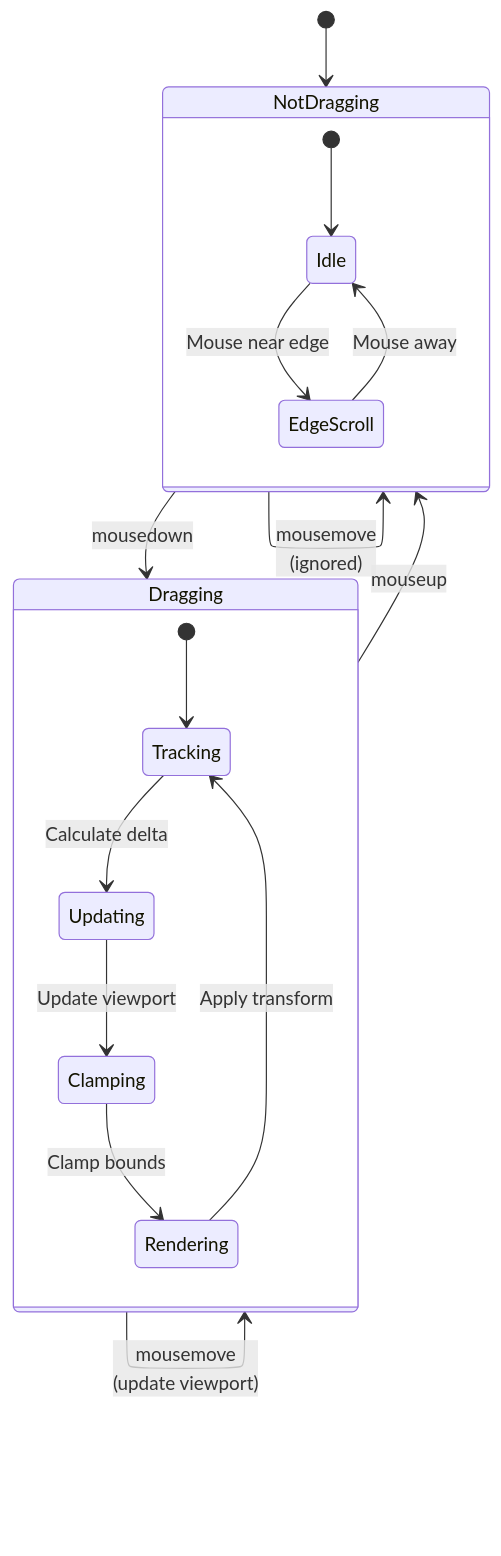
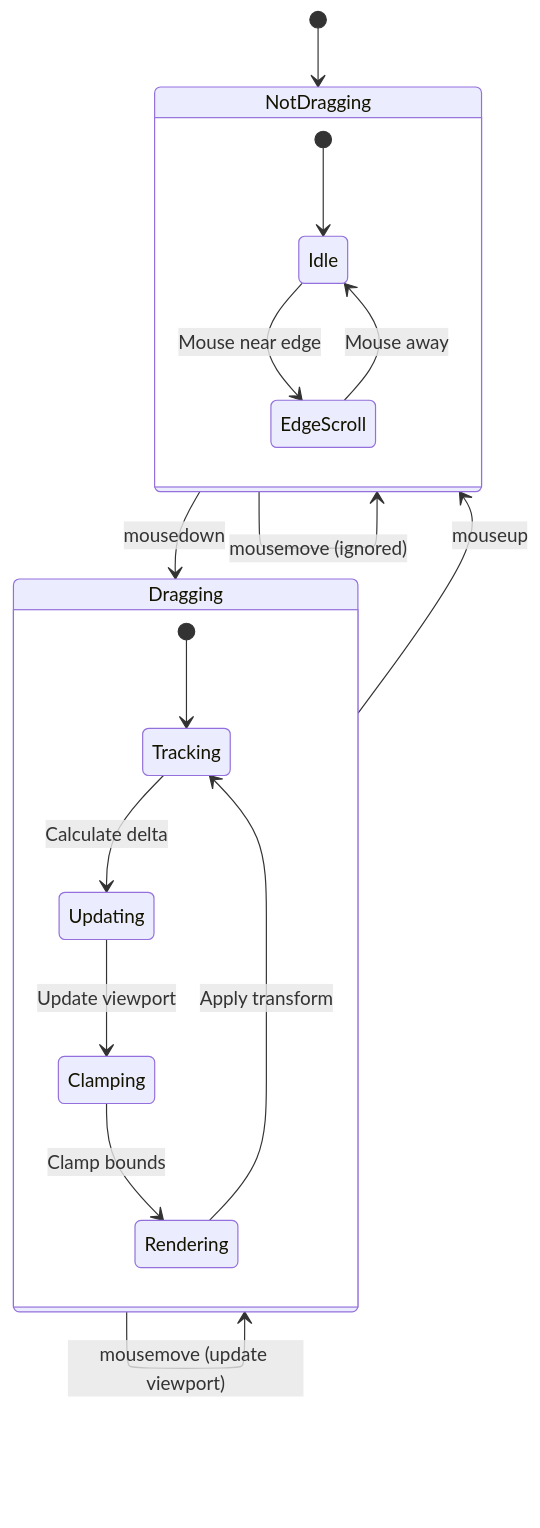
One commit to softwarewrighter/rts_mock changed the fourth of 10 diagrams in wiki/Data-Flow.md. Above: the diagram before and after it, drawn with Mermaid. The commit also changed other lines of this file and 5 other files, not shown here.

First line of the commit message:
Fix wiki Mermaid diagrams: remove <br/> tags

````diff
--- a/wiki/Data-Flow.md
+++ b/wiki/Data-Flow.md
@@ -177,22 +177,22 @@
 ```mermaid
 stateDiagram-v2
     [*] --> NotDragging
     NotDragging --> Dragging: mousedown
-    Dragging --> Dragging: mousemove<br/>(update viewport)
+    Dragging --> Dragging: mousemove (update viewport)
     Dragging --> NotDragging: mouseup
-    NotDragging --> NotDragging: mousemove<br/>(ignored)
+    NotDragging --> NotDragging: mousemove (ignored)
 
     state NotDragging {
         [*] --> Idle
         Idle --> EdgeScroll: Mouse near edge
         EdgeScroll --> Idle: Mouse away
     }
 
     state Dragging {
         [*] --> Tracking
         Tracking --> Updating: Calculate delta
         Updating --> Clamping: Update viewport
         Clamping --> Rendering: Clamp bounds
         Rendering --> Tracking: Apply transform
     }
 ```
````
